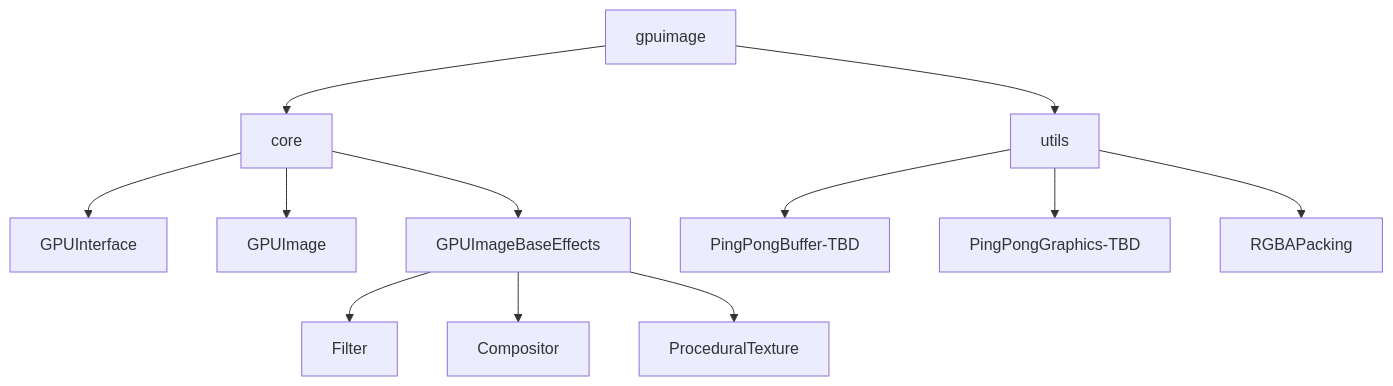
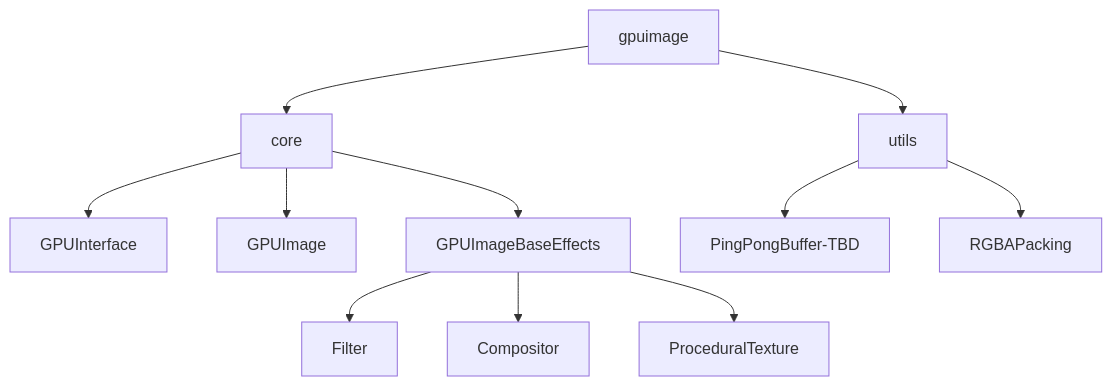
One commit to Bonjour-Interactive-Lab/Processing-GPUImage changed the diagram in README.md. Above: the diagram before and after it, drawn with Mermaid. The commit also changed other lines of this file and 2 other files, not shown here.

````diff
--- a/README.md
+++ b/README.md
@@ -22,14 +22,13 @@
 ```mermaid
 graph TD;
   gpuimage-->core;
   gpuimage-->utils;
   core-->GPUInterface
   core-->GPUImage
   core-->GPUImageBaseEffects;
   GPUImageBaseEffects-->Filter
   GPUImageBaseEffects-->Compositor
   GPUImageBaseEffects-->ProceduralTexture
   utils-->PingPongBuffer-TBD
-  utils-->PingPongGraphics-TBD
   utils-->RGBAPacking
 ```
````
